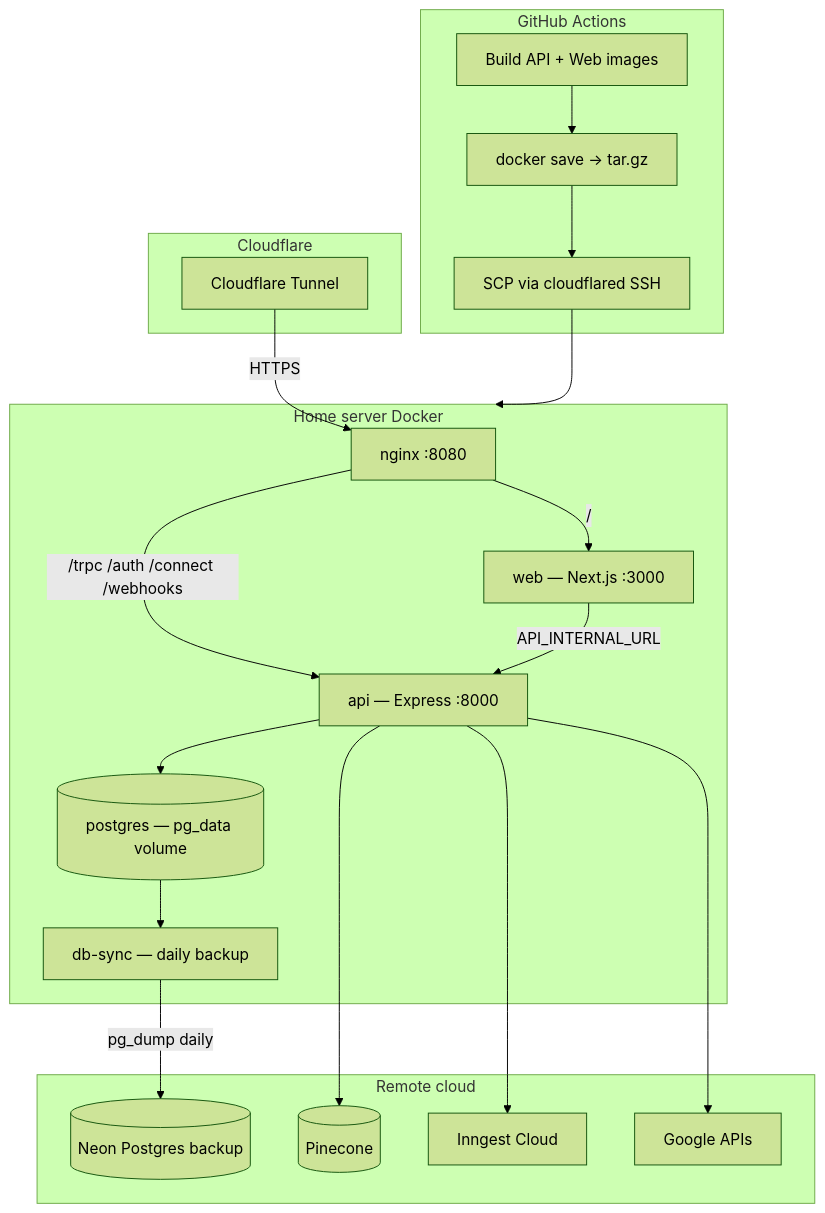
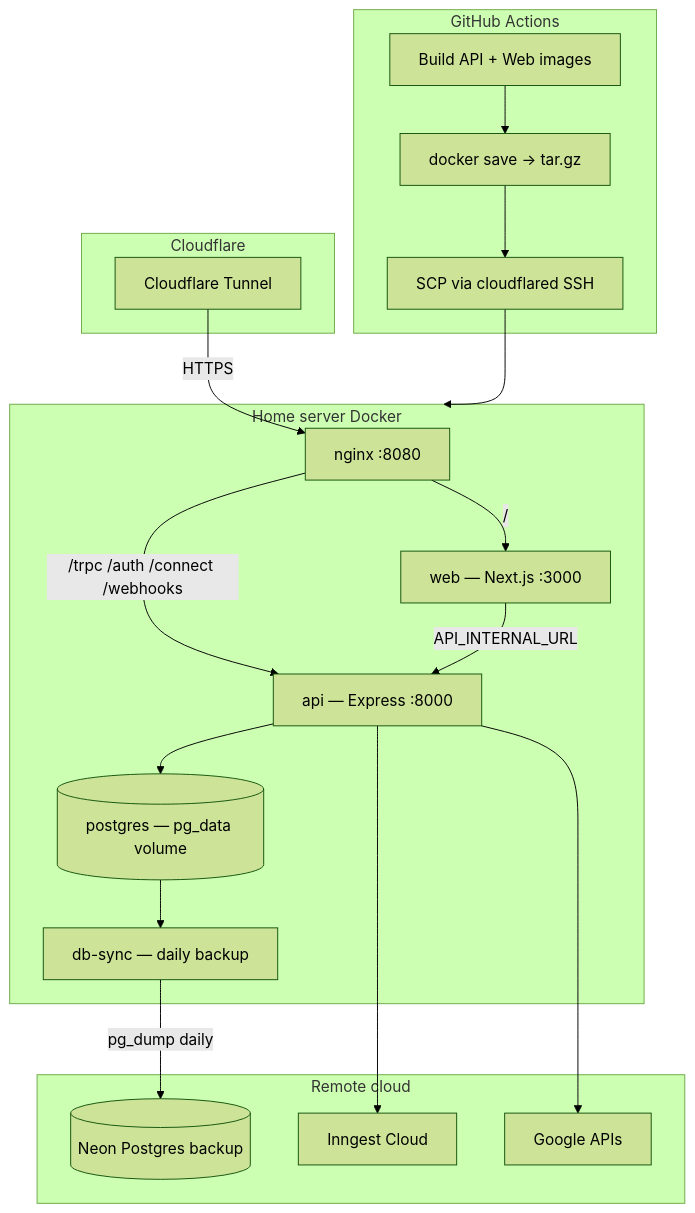
Before and after one commit to learner-enthusiast/NoClickMail: the second of 2 diagrams in README.md, drawn with Mermaid (forest theme). The commit also changed other lines of this file and 33 other files, not shown here.

````diff
--- a/README.md
+++ b/README.md
@@ -455,40 +453,38 @@
 ```mermaid
 flowchart TB
   subgraph ci [GitHub Actions]
     Build[Build API + Web images]
     Save[docker save → tar.gz]
     SCP[SCP via cloudflared SSH]
   end
 
   subgraph tunnel [Cloudflare]
     CF[Cloudflare Tunnel]
   end
 
   subgraph server [Home server Docker]
     Proxy[nginx :8080]
     Web[web — Next.js :3000]
     API[api — Express :8000]
     PG[(postgres — pg_data volume)]
     Sync[db-sync — daily backup]
   end
 
   subgraph remote [Remote cloud]
     Neon[(Neon Postgres backup)]
-    Pinecone[(Pinecone)]
     Inngest[Inngest Cloud]
     Google[Google APIs]
   end
 
   Build --> Save --> SCP
   SCP --> server
   CF -->|HTTPS| Proxy
   Proxy -->|"/"| Web
   Proxy -->|"/trpc /auth /connect /webhooks"| API
   Web -->|API_INTERNAL_URL| API
   API --> PG
-  API --> Pinecone
   API --> Inngest
   API --> Google
   Sync -->|pg_dump daily| Neon
   PG --> Sync
 ```
````
